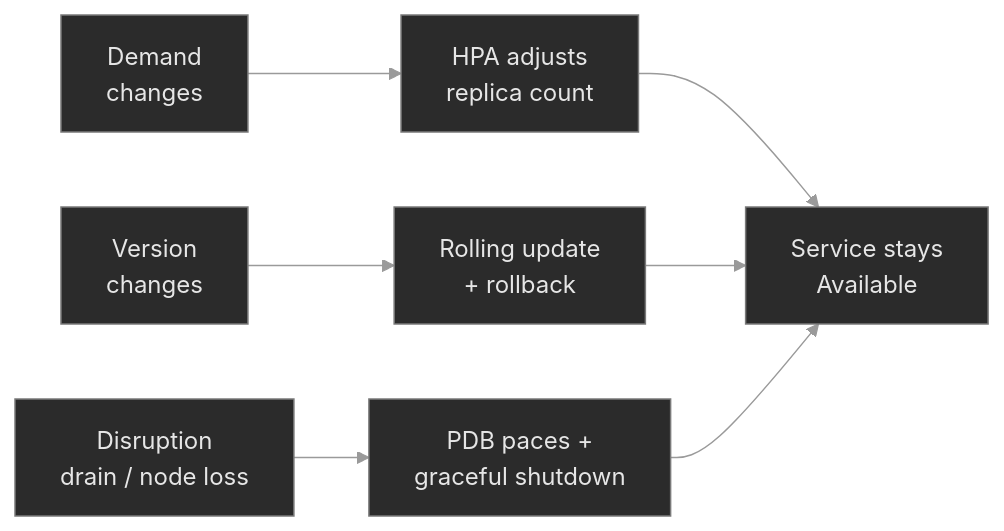
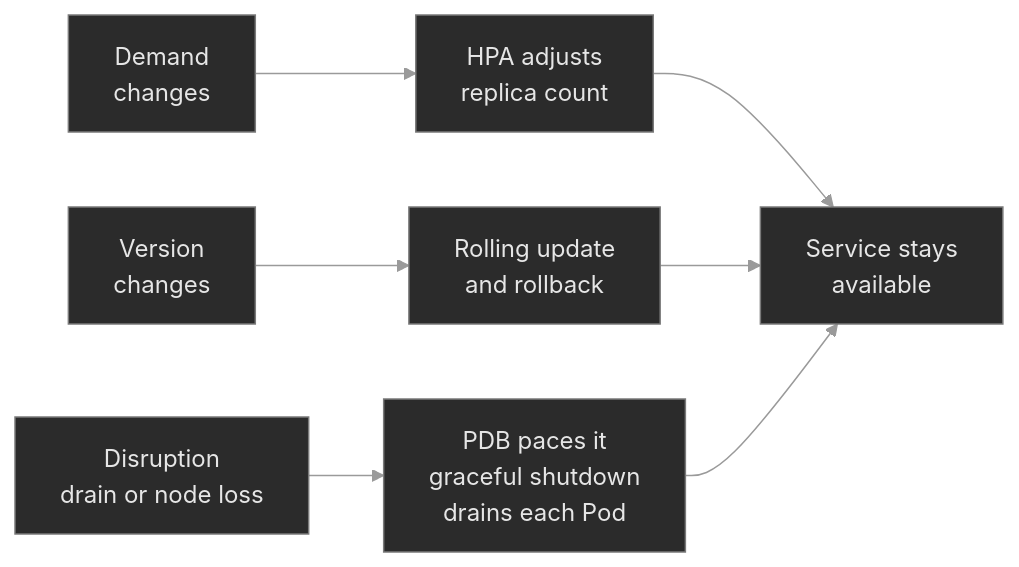
Before and after one commit to debozkurt/killercoda-k8s: the diagram in m09-resilience-autoscaling/LESSON.md, drawn with Mermaid. The commit also changed other lines of this file and 52 other files, not shown here.

````diff
--- a/m09-resilience-autoscaling/LESSON.md
+++ b/m09-resilience-autoscaling/LESSON.md
@@ -51,15 +53,15 @@
 ```mermaid
 %%{init: {'theme':'base', 'themeVariables': {
   'primaryColor':'#2b2b2b', 'primaryTextColor':'#e6e6e6',
   'primaryBorderColor':'#7a7a7a', 'lineColor':'#9a9a9a',
   'secondaryColor':'#3a3a3a', 'tertiaryColor':'#1f1f1f',
   'background':'#0f0f0f'
 }}}%%
 flowchart LR
     D[Demand<br/>changes] --> H[HPA adjusts<br/>replica count]
-    V[Version<br/>changes] --> R[Rolling update<br/>+ rollback]
-    X[Disruption<br/>drain / node loss] --> P[PDB paces +<br/>graceful shutdown]
-    H --> S[Service stays<br/>Available]
+    V[Version<br/>changes] --> R[Rolling update<br/>and rollback]
+    X[Disruption<br/>drain or node loss] --> P[PDB paces it<br/>graceful shutdown<br/>drains each Pod]
+    H --> S[Service stays<br/>available]
     R --> S
     P --> S
 ```
````
